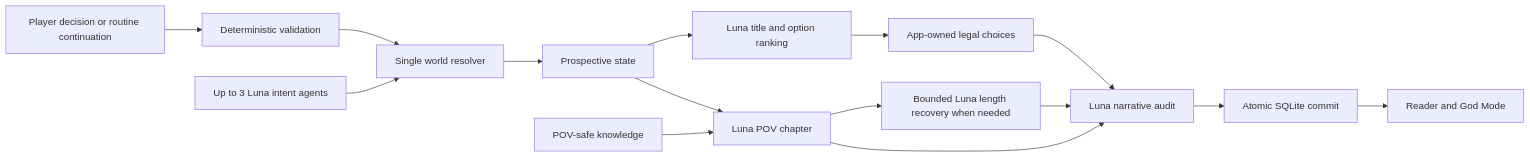
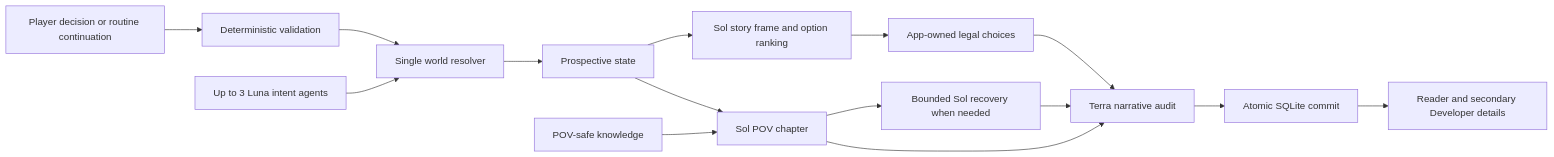
One commit to shivam-g10/infinite-litrpg changed the diagram in README.md. Above: the diagram before and after it, drawn with Mermaid. The commit also changed other lines of this file and 54 other files, not shown here.

````diff
--- a/README.md
+++ b/README.md
@@ -51,17 +53,17 @@
 ```mermaid
 flowchart LR
     U["Player decision or routine continuation"] --> V["Deterministic validation"]
     L["Up to 3 Luna intent agents"] --> R["Single world resolver"]
     V --> R
     R --> S["Prospective state"]
-    S --> O["Luna title and option ranking"]
+    S --> O["Sol story frame and option ranking"]
     O --> F["App-owned legal choices"]
-    S --> T["Luna POV chapter"]
+    S --> T["Sol POV chapter"]
     K["POV-safe knowledge"] --> T
-    T --> X["Bounded Luna length recovery when needed"]
+    T --> X["Bounded Sol recovery when needed"]
     X --> A
-    T --> A["Luna narrative audit"]
+    T --> A["Terra narrative audit"]
     F --> A
     A --> C["Atomic SQLite commit"]
-    C --> P["Reader and God Mode"]
+    C --> P["Reader and secondary Developer details"]
 ```
````
